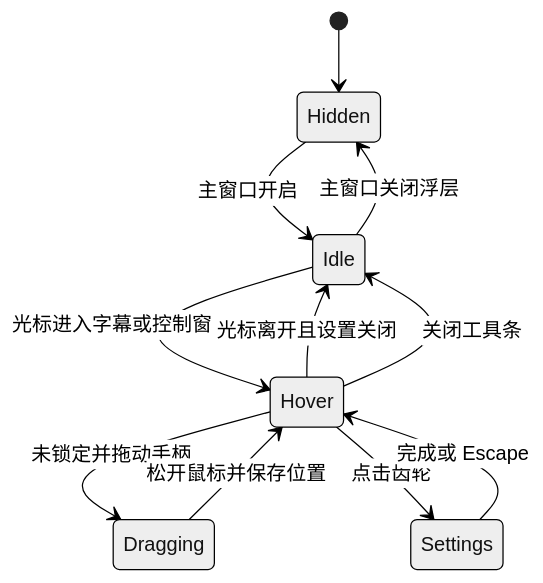
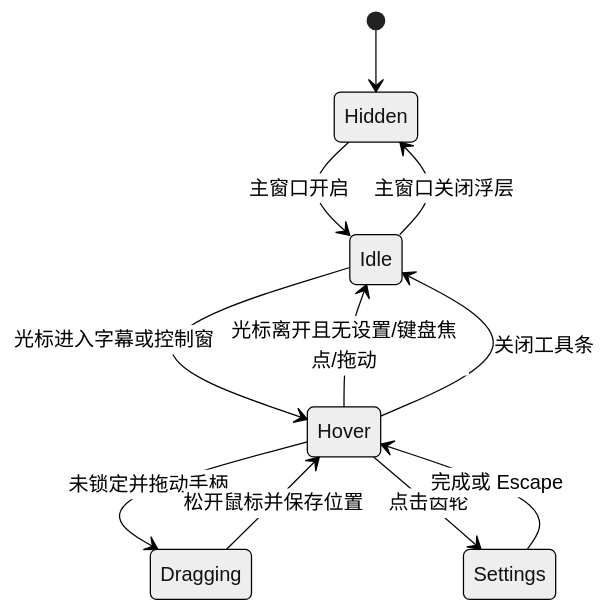
One commit to resnowh/echo-mac-subtitle changed the diagram in docs/windows/overlay-interaction.md. Above: the diagram before and after it, drawn with Mermaid (neutral theme). The commit also changed other lines of this file and 24 other files, not shown here.

````diff
--- a/docs/windows/overlay-interaction.md
+++ b/docs/windows/overlay-interaction.md
@@ -21,13 +21,13 @@
 ```mermaid
 stateDiagram-v2
     [*] --> Hidden
     Hidden --> Idle: 主窗口开启
     Idle --> Hover: 光标进入字幕或控制窗
-    Hover --> Idle: 光标离开且设置关闭
+    Hover --> Idle: 光标离开且无设置/键盘焦点/拖动
     Hover --> Dragging: 未锁定并拖动手柄
     Dragging --> Hover: 松开鼠标并保存位置
     Hover --> Settings: 点击齿轮
     Settings --> Hover: 完成或 Escape
     Hover --> Idle: 关闭工具条
     Idle --> Hidden: 主窗口关闭浮层
 ```
````
